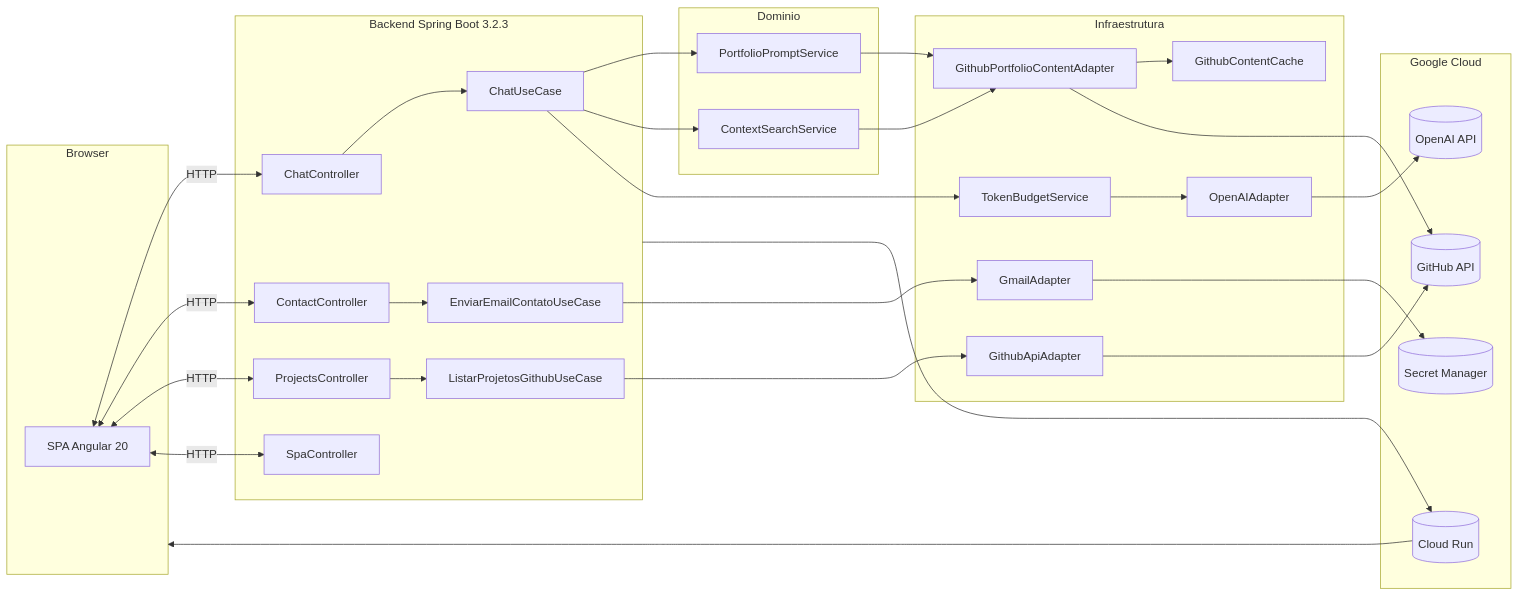
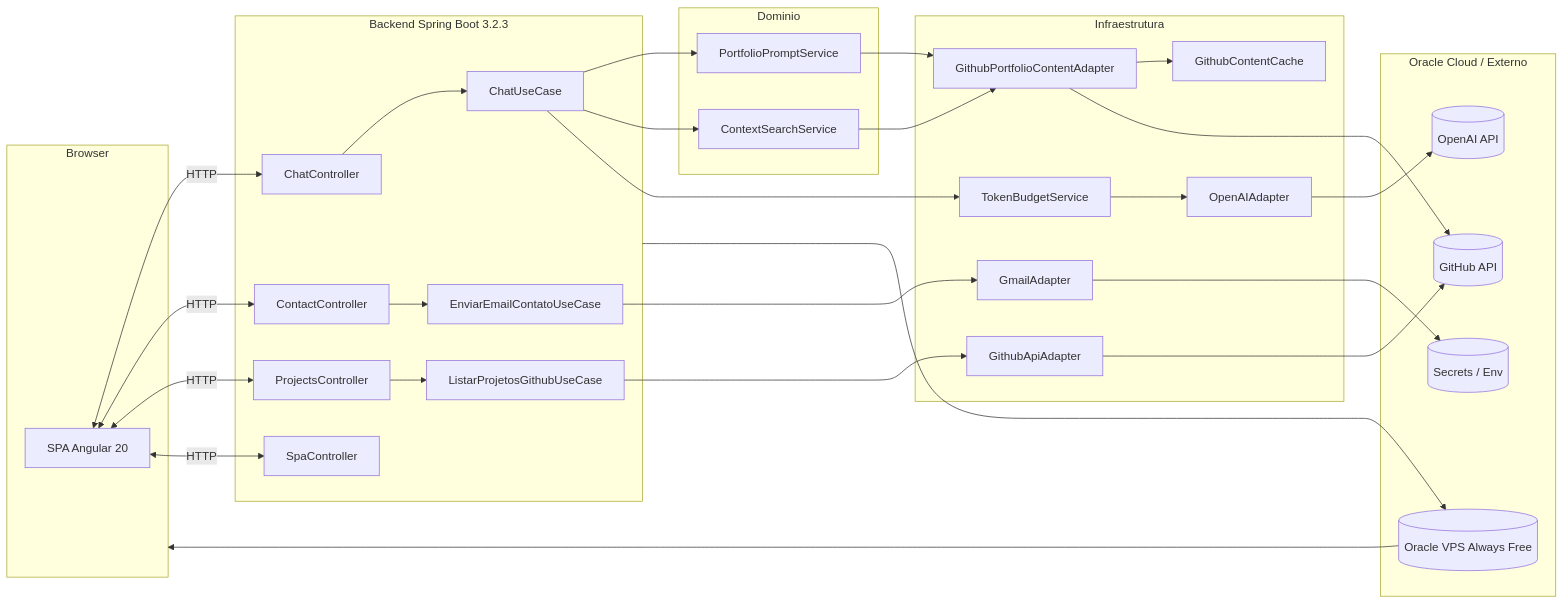
The first of 2 diagrams in portfolio-content/projects/wmakeouthill.github.io.md (wmakeouthill/certificados-wesley), drawn with Mermaid before and after one commit. The commit also changed other lines of this file and 8 other files, not shown here.

````diff
--- a/portfolio-content/projects/wmakeouthill.github.io.md
+++ b/portfolio-content/projects/wmakeouthill.github.io.md
@@ -43,66 +43,66 @@
 ```mermaid
 %%{title: "Arquitetura Geral do Portfolio Profissional"}%%
 flowchart LR
     subgraph Browser
         A[SPA Angular 20]
     end
 
     subgraph Backend[Backend Spring Boot 3.2.3]
         B1[ChatController]
         B2[ContactController]
         B3[ProjectsController]
         B4[SpaController]
 
         UC_CHAT[ChatUseCase]
         UC_CONTACT[EnviarEmailContatoUseCase]
         UC_PROJECTS[ListarProjetosGithubUseCase]
 
         B1 --> UC_CHAT
         B2 --> UC_CONTACT
         B3 --> UC_PROJECTS
     end
 
     subgraph Dominio[Dominio]
         D1[PortfolioPromptService]
         D2[ContextSearchService]
     end
 
     subgraph Infra[Infraestrutura]
         AI[OpenAIAdapter]
         GH[GithubApiAdapter]
         GH_CONTENT[GithubPortfolioContentAdapter]
         CACHE[GithubContentCache]
         MAIL[GmailAdapter]
         BUDGET[TokenBudgetService]
     end
 
-    subgraph Cloud[Google Cloud]
-        SM[(Secret Manager)]
-        CR[(Cloud Run)]
+    subgraph Cloud[Oracle Cloud / Externo]
+        SM[(Secrets / Env)]
+        VPS[(Oracle VPS Always Free)]
         OA[(OpenAI API)]
         GITHUB[(GitHub API)]
     end
 
     A <-- HTTP --> B1
     A <-- HTTP --> B2
     A <-- HTTP --> B3
     A <-- HTTP --> B4
 
     UC_CHAT --> D1
     UC_CHAT --> D2
     UC_CHAT --> BUDGET
     D1 --> GH_CONTENT
     D2 --> GH_CONTENT
     BUDGET --> AI
     UC_CONTACT --> MAIL
     UC_PROJECTS --> GH
 
     AI --> OA
     GH --> GITHUB
     GH_CONTENT --> CACHE
     GH_CONTENT --> GITHUB
     MAIL --> SM
 
-    Backend --> CR
-    CR --> Browser
+    Backend --> VPS
+    VPS --> Browser
 ```
````
